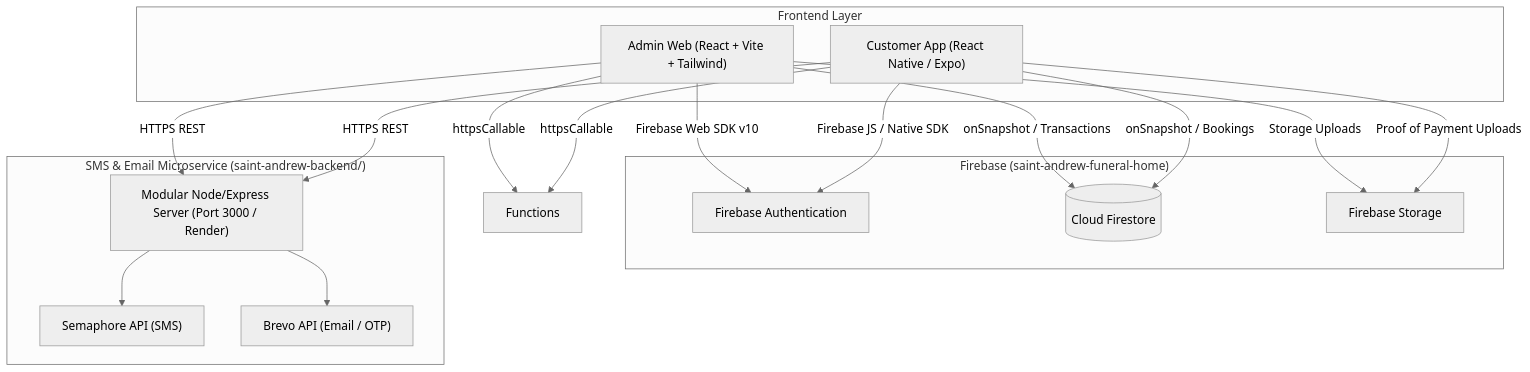
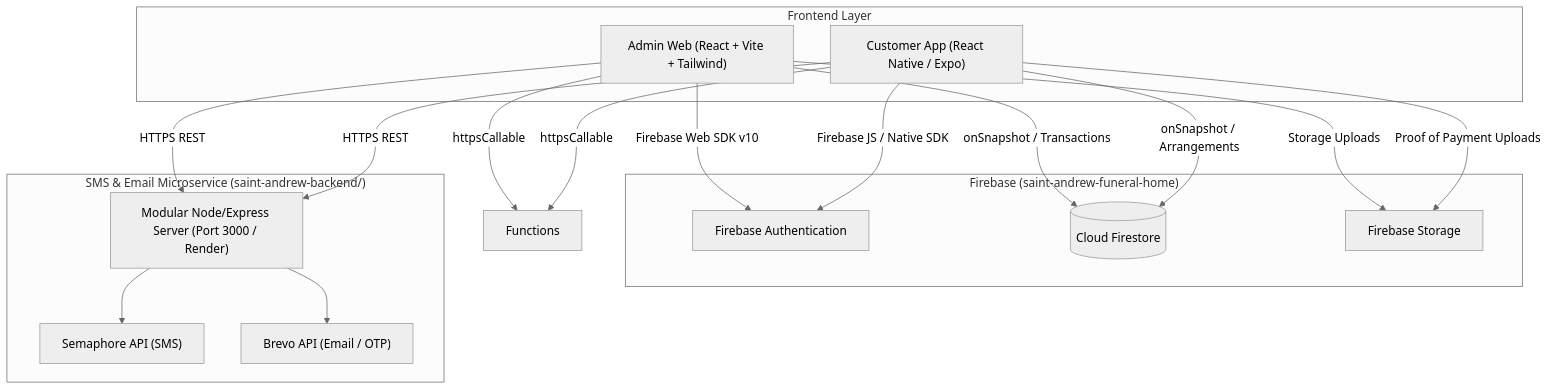
One commit to jomadlcrz/saint-andrew-backend changed the diagram in docs/funeral-system-complete-reference.md. Above: the diagram before and after it, drawn with Mermaid (neutral theme). The commit also changed other lines of this file and 6 other files, not shown here.

````diff
--- a/docs/funeral-system-complete-reference.md
+++ b/docs/funeral-system-complete-reference.md
@@ -15,34 +15,34 @@
 ```mermaid
 flowchart TD
     subgraph Clients["Frontend Layer"]
         AdminWeb["Admin Web (React + Vite + Tailwind)"]
         UserApp["Customer App (React Native / Expo)"]
     end
 
     subgraph FirebaseBackend["Firebase (saint-andrew-funeral-home)"]
         Auth["Firebase Authentication"]
         Firestore[("Cloud Firestore")]
         Storage["Firebase Storage"]
     end
 
     subgraph ExpressBackend["SMS & Email Microservice (saint-andrew-backend/)"]
         RenderNode["Modular Node/Express Server (Port 3000 / Render)"]
         Semaphore["Semaphore API (SMS)"]
         Brevo["Brevo API (Email / OTP)"]
     end
 
     AdminWeb -->|Firebase Web SDK v10| Auth
     AdminWeb -->|onSnapshot / Transactions| Firestore
     AdminWeb -->|Storage Uploads| Storage
     AdminWeb -->|HTTPS REST| RenderNode
     AdminWeb -->|httpsCallable| Functions
 
     UserApp -->|Firebase JS / Native SDK| Auth
-    UserApp -->|onSnapshot / Bookings| Firestore
+    UserApp -->|onSnapshot / Arrangements| Firestore
     UserApp -->|Proof of Payment Uploads| Storage
     UserApp -->|HTTPS REST| RenderNode
     UserApp -->|httpsCallable| Functions
 
     RenderNode --> Semaphore
     RenderNode --> Brevo
 ```
````
